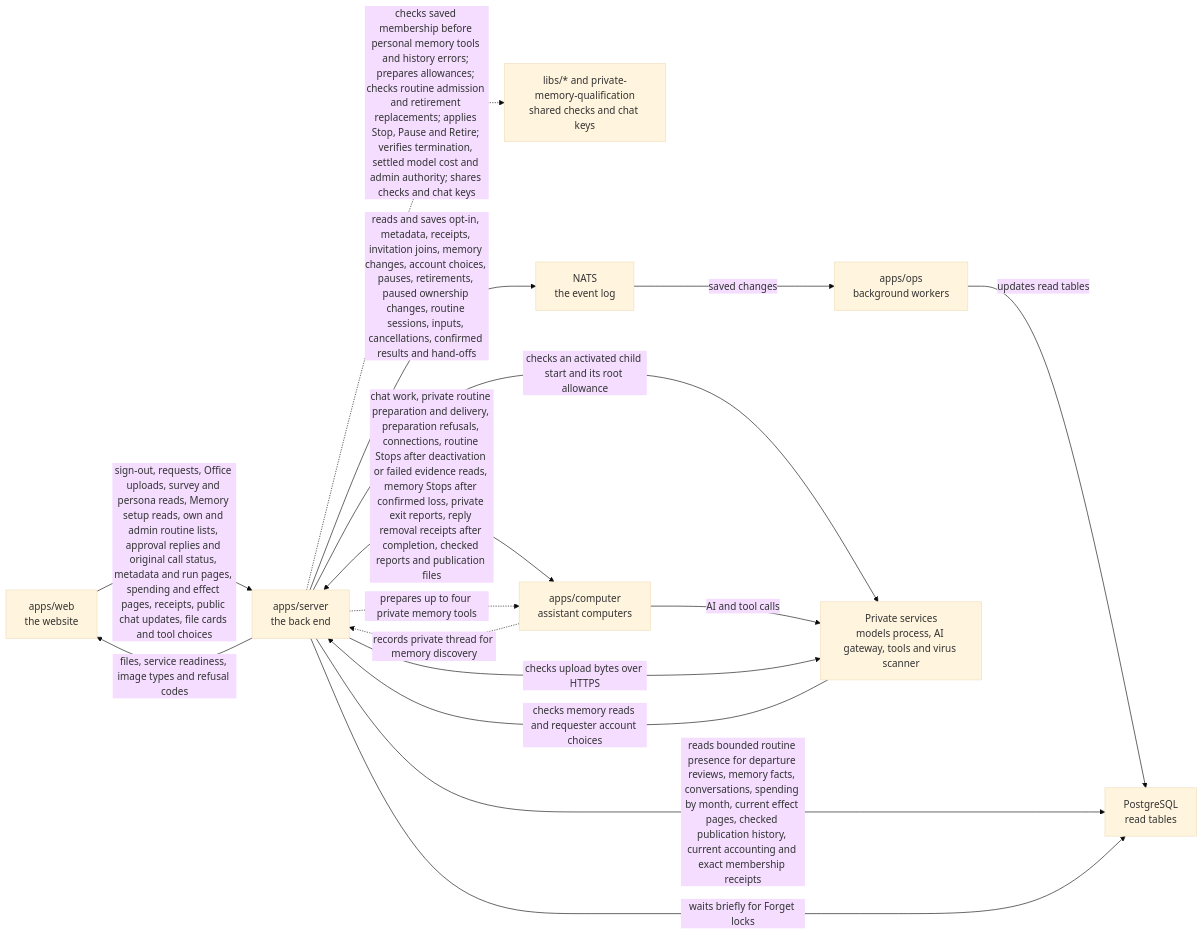
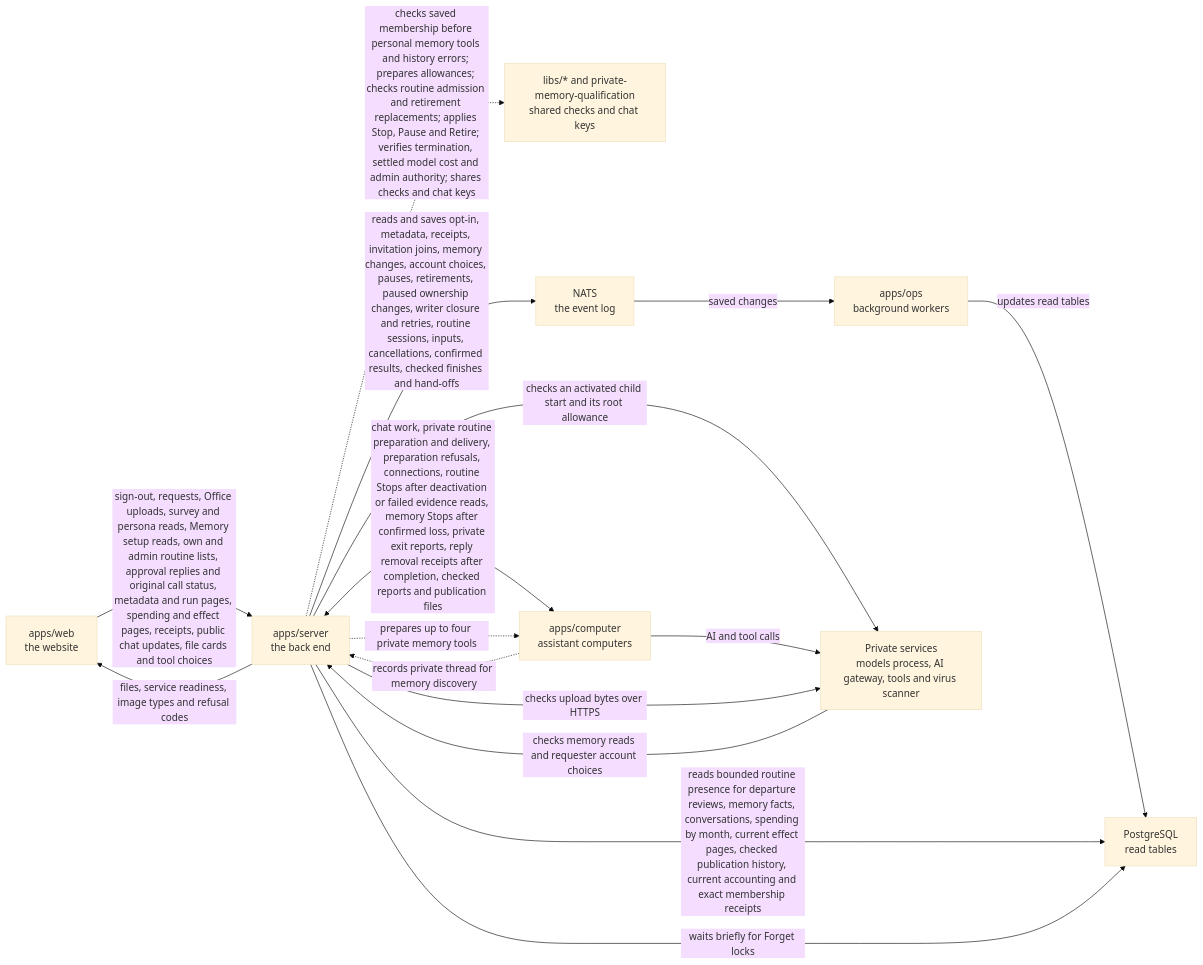
One commit to elewa-git/opencrane-new changed the diagram in apps/server/README.md. Above: the diagram before and after it, drawn with Mermaid (base theme). The commit also changed other lines of this file and 15 other files, not shown here.

First line of the commit message:
✍️ Writer lease expiry aborts pending sends and end-command retries resolve safely (#937)

````diff
--- a/apps/server/README.md
+++ b/apps/server/README.md
@@ -209,18 +214,18 @@
 ```mermaid
 flowchart LR
   web["apps/web<br/>the website"] -->|sign-out, requests, Office uploads, survey and persona reads, Memory setup reads, own and admin routine lists, approval replies and original call status, metadata and run pages, spending and effect pages, receipts, public chat updates, file cards and tool choices| server["apps/server<br/>the back end"]
   server -.->|checks saved membership before personal memory tools and history errors; prepares allowances; checks routine admission and retirement replacements; applies Stop, Pause and Retire; verifies termination, settled model cost and admin authority; shares checks and chat keys| libs["libs/* and private-memory-qualification<br/>shared checks and chat keys"]
-  server -->|reads and saves opt-in, metadata, receipts, invitation joins, memory changes, account choices, pauses, retirements, paused ownership changes, routine sessions, inputs, cancellations, confirmed results and hand-offs| nats["NATS<br/>the event log"]
+  server -->|reads and saves opt-in, metadata, receipts, invitation joins, memory changes, account choices, pauses, retirements, paused ownership changes, writer closure and retries, routine sessions, inputs, cancellations, confirmed results, checked finishes and hand-offs| nats["NATS<br/>the event log"]
   nats -->|saved changes| ops["apps/ops<br/>background workers"]
   ops -->|updates read tables| postgres["PostgreSQL<br/>read tables"]
   server -->|reads bounded routine presence for departure reviews, memory facts, conversations, spending by month, current effect pages, checked publication history, current accounting and exact membership receipts| postgres
   server -->|waits briefly for Forget locks| postgres
   server <-->|chat work, private routine preparation and delivery, preparation refusals, connections, routine Stops after deactivation or failed evidence reads, memory Stops after confirmed loss, private exit reports, reply removal receipts after completion, checked reports and publication files| computer["apps/computer<br/>assistant computers"]
   server -->|checks an activated child start and its root allowance| runtime
   computer -.->|records private thread for memory discovery| server
   server -.->|prepares up to four private memory tools| computer
   computer -->|AI and tool calls| runtime["Private services<br/>models process, AI gateway, tools and virus scanner"]
   server -->|files, service readiness, image types and refusal codes| web
   server -->|checks upload bytes over HTTPS| runtime
   runtime -->|checks memory reads and requester account choices| server
 ```
````
